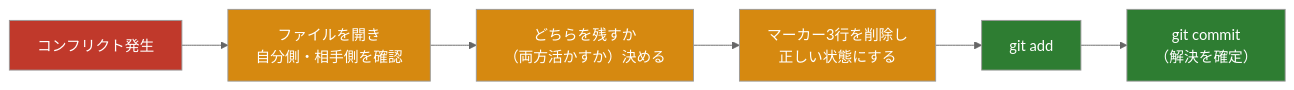
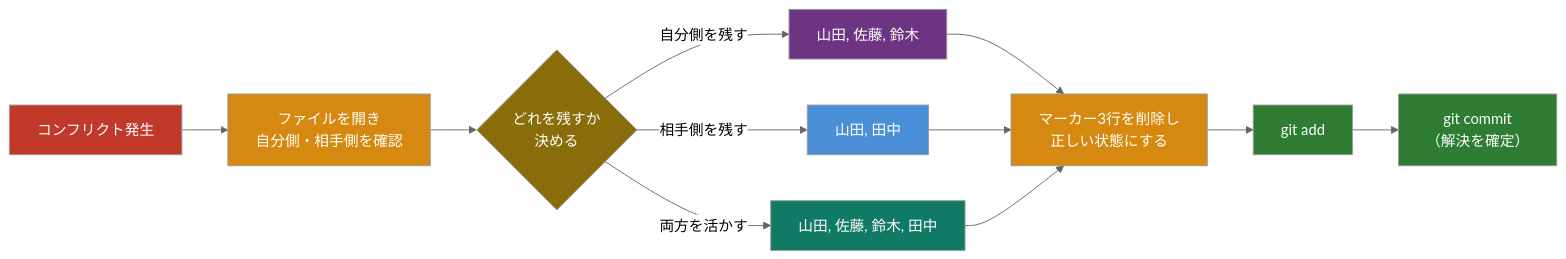
One commit to Ryu-Koroyasu/git-practice changed the sixth of 7 diagrams in 03_ブランチ・PR編.md. Above: the diagram before and after it, drawn with Mermaid (neutral theme). The commit also changed other lines of this file, not shown here.

Commit message:
docs: コンフリクト解決フロー図を3分岐に変更
「どれを残すか決める」を判断ノードにし、自分側/相手側/両方の
3択へ枝分かれさせてから add→commit に合流する図に修正

````diff
--- a/03_ブランチ・PR編.md
+++ b/03_ブランチ・PR編.md
@@ -334,14 +334,22 @@
 ```mermaid
 graph LR
     A["コンフリクト発生"] --> B["ファイルを開き<br/>自分側・相手側を確認"]
-    B --> C["どちらを残すか<br/>（両方活かすか）決める"]
-    C --> D["マーカー3行を削除し<br/>正しい状態にする"]
+    B --> C{"どれを残すか<br/>決める"}
+    C -->|"自分側を残す"| C1["山田, 佐藤, 鈴木"]
+    C -->|"相手側を残す"| C2["山田, 田中"]
+    C -->|"両方を活かす"| C3["山田, 佐藤, 鈴木, 田中"]
+    C1 --> D["マーカー3行を削除し<br/>正しい状態にする"]
+    C2 --> D
+    C3 --> D
     D --> E["git add"]
     E --> F["git commit<br/>（解決を確定）"]
     style A fill:#c0392b,color:#fff
     style B fill:#d68910,color:#fff
-    style C fill:#d68910,color:#fff
+    style C fill:#8a6d0b,color:#fff
+    style C1 fill:#6c3483,color:#fff
+    style C2 fill:#4a90d9,color:#fff
+    style C3 fill:#117a65,color:#fff
     style D fill:#d68910,color:#fff
     style E fill:#2e7d32,color:#fff
     style F fill:#2e7d32,color:#fff
 ```
````
